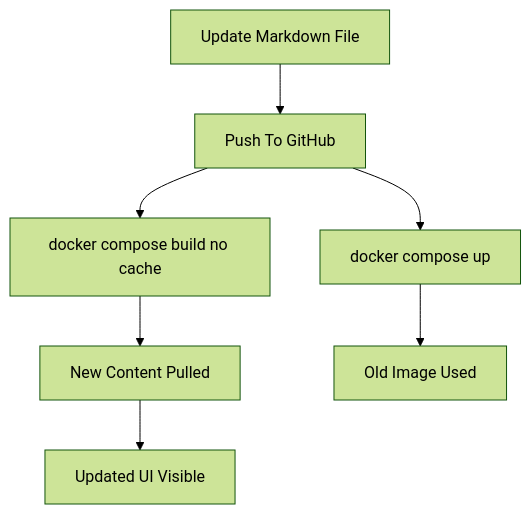
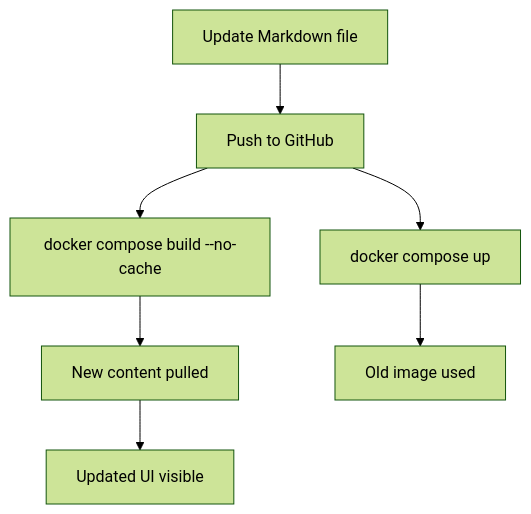
The sixth of 7 diagrams in banking-domain/banking_mermaid_shapes.md (tinitiateprime/tinitiate-data-appliance), drawn with Mermaid (forest theme) before and after one commit. The commit also changed other lines of this file and 3 other files, not shown here.

````diff
--- a/banking-domain/banking_mermaid_shapes.md
+++ b/banking-domain/banking_mermaid_shapes.md
@@ -144,19 +143,17 @@
 ```mermaid
 flowchart TD
+    A["Update Markdown file"]
+    B["Push to GitHub"]
+    C["docker compose up"]
+    D["docker compose build --no-cache"]
+    E["New content pulled"]
+    F["Updated UI visible"]
+    X["Old image used"]
 
-    A[Update Markdown File]
-    B[Push To GitHub]
-    C[docker compose up]
-
-    D[docker compose build no cache]
-    E[New Content Pulled]
-    F[Updated UI Visible]
-
-    A --> B --> C
-
-    C --> X[Old Image Used]
-
+    A --> B
+    B --> C
+    C --> X
     B --> D
     D --> E
     E --> F
 ```
````
